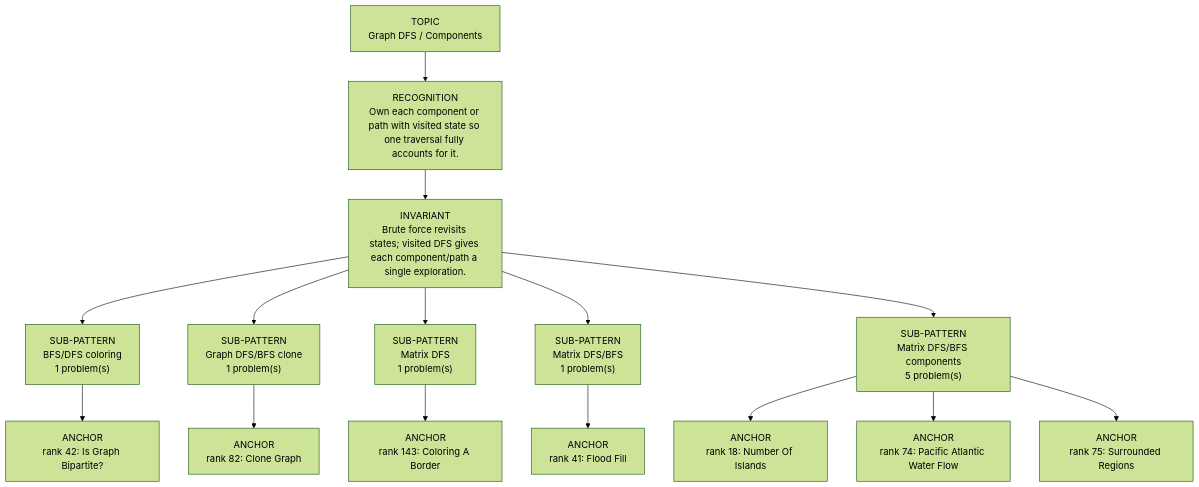
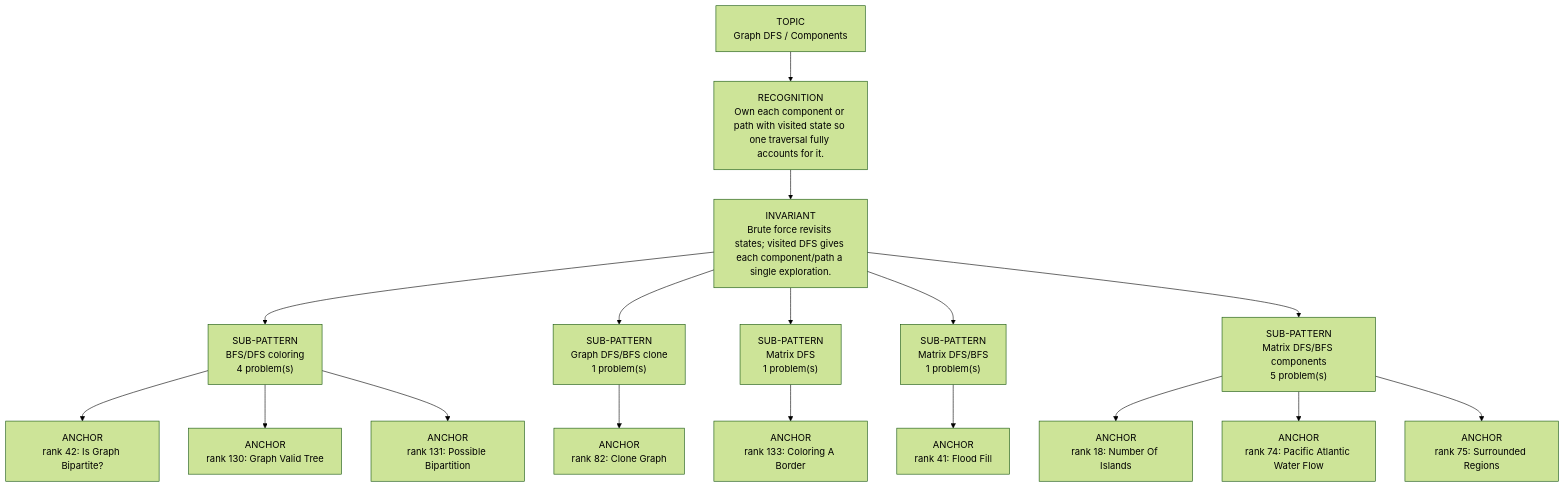
Before and after one commit to thechiranjeevjain/DSA10days: the diagram in dsa-review/interview/patterns/09_graph_dfs.md, drawn with Mermaid (forest theme). The commit also changed other lines of this file and 28 other files, not shown here.

````diff
--- a/dsa-review/interview/patterns/09_graph_dfs.md
+++ b/dsa-review/interview/patterns/09_graph_dfs.md
@@ -15,19 +15,21 @@
 ```mermaid
 flowchart TD
   Topic["TOPIC<br/>Graph DFS / Components"]
   Recognition["RECOGNITION<br/>Own each component or path with visited state so one traversal fully accounts for it."]
   Invariant["INVARIANT<br/>Brute force revisits states; visited DFS gives each component/path a single exploration."]
   Topic --> Recognition --> Invariant
-  Invariant --> Sub01["SUB-PATTERN<br/>BFS/DFS coloring<br/>1 problem(s)"]
+  Invariant --> Sub01["SUB-PATTERN<br/>BFS/DFS coloring<br/>4 problem(s)"]
   Sub01 --> Sub01A01["ANCHOR<br/>rank 42: Is Graph Bipartite?"]
+  Sub01 --> Sub01A02["ANCHOR<br/>rank 130: Graph Valid Tree"]
+  Sub01 --> Sub01A03["ANCHOR<br/>rank 131: Possible Bipartition"]
   Invariant --> Sub02["SUB-PATTERN<br/>Graph DFS/BFS clone<br/>1 problem(s)"]
   Sub02 --> Sub02A01["ANCHOR<br/>rank 82: Clone Graph"]
   Invariant --> Sub03["SUB-PATTERN<br/>Matrix DFS<br/>1 problem(s)"]
-  Sub03 --> Sub03A01["ANCHOR<br/>rank 143: Coloring A Border"]
+  Sub03 --> Sub03A01["ANCHOR<br/>rank 133: Coloring A Border"]
   Invariant --> Sub04["SUB-PATTERN<br/>Matrix DFS/BFS<br/>1 problem(s)"]
   Sub04 --> Sub04A01["ANCHOR<br/>rank 41: Flood Fill"]
   Invariant --> Sub05["SUB-PATTERN<br/>Matrix DFS/BFS components<br/>5 problem(s)"]
   Sub05 --> Sub05A01["ANCHOR<br/>rank 18: Number Of Islands"]
   Sub05 --> Sub05A02["ANCHOR<br/>rank 74: Pacific Atlantic Water Flow"]
   Sub05 --> Sub05A03["ANCHOR<br/>rank 75: Surrounded Regions"]
 ```
````
